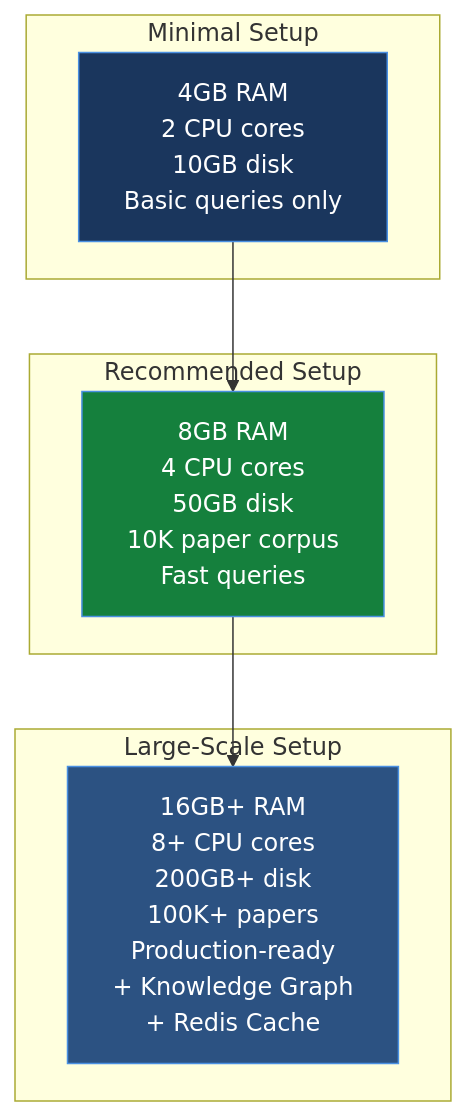
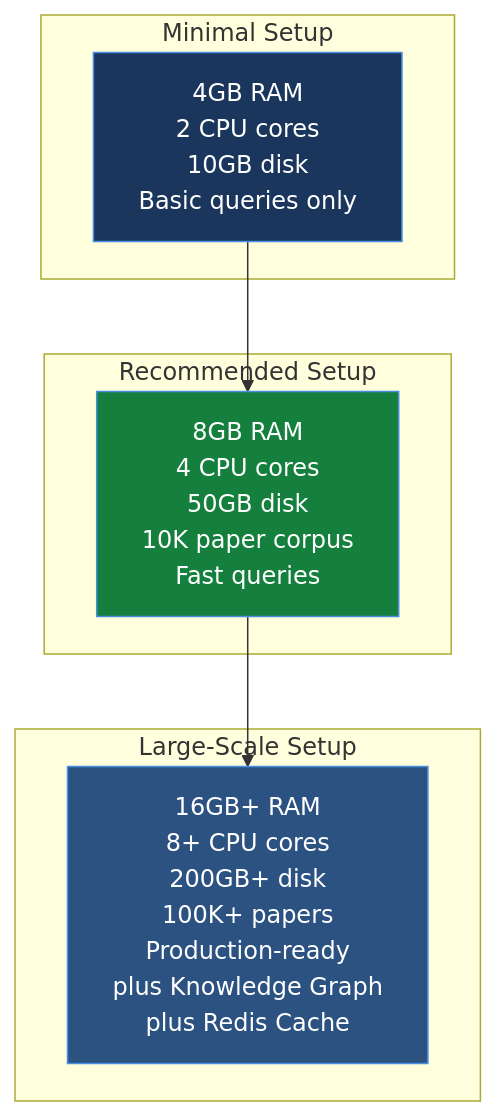
Diagram 22 of 25 in README.md (hkevin01/eeg-rag), drawn with Mermaid before and after one commit. The commit also changed other lines of this file, not shown here.

Commit message:
Update timeline and performance metrics in README for accuracy and clarity

````diff
--- a/README.md
+++ b/README.md
@@ -1763,20 +1763,20 @@
 ```mermaid
 graph TB
     subgraph "Minimal Setup"
-        MIN[4GB RAM<br/>2 CPU cores<br/>10GB disk<br/>Basic queries only]
+        MIN["4GB RAM<br/>2 CPU cores<br/>10GB disk<br/>Basic queries only"]
         style MIN fill:#1a365d,stroke:#4a90e2,color:#fff
     end
 
     subgraph "Recommended Setup"
-        REC[8GB RAM<br/>4 CPU cores<br/>50GB disk<br/>10K paper corpus<br/>Fast queries]
+        REC["8GB RAM<br/>4 CPU cores<br/>50GB disk<br/>10K paper corpus<br/>Fast queries"]
         style REC fill:#15803d,stroke:#4a90e2,color:#fff
     end
 
     subgraph "Large-Scale Setup"
-        LARGE[16GB+ RAM<br/>8+ CPU cores<br/>200GB+ disk<br/>100K+ papers<br/>Production-ready<br/>+ Knowledge Graph<br/>+ Redis Cache]
+        LARGE["16GB+ RAM<br/>8+ CPU cores<br/>200GB+ disk<br/>100K+ papers<br/>Production-ready<br/>plus Knowledge Graph<br/>plus Redis Cache"]
         style LARGE fill:#2c5282,stroke:#4a90e2,color:#fff
     end
 
     MIN --> REC
     REC --> LARGE
 ```
````
